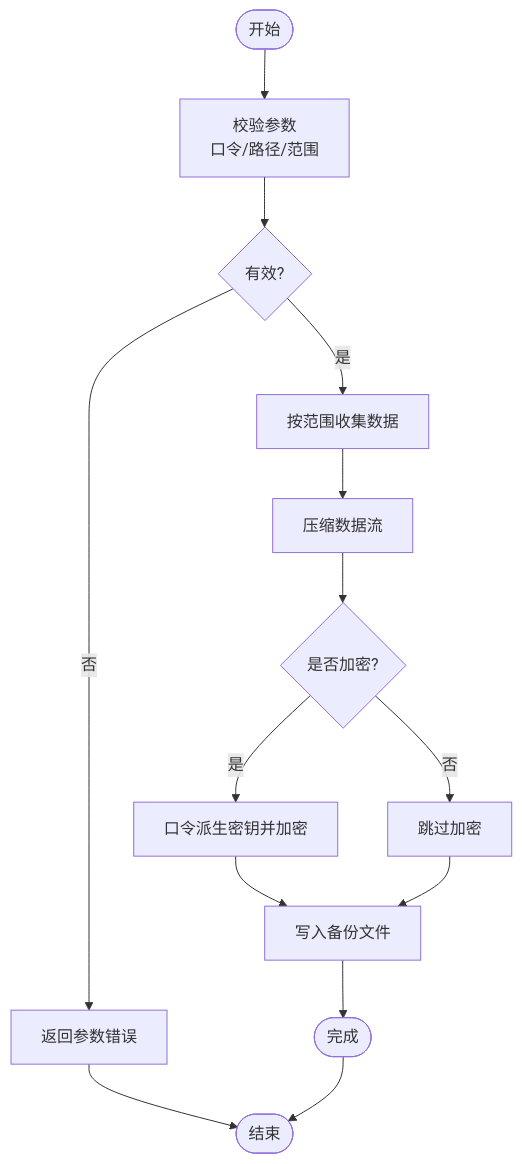
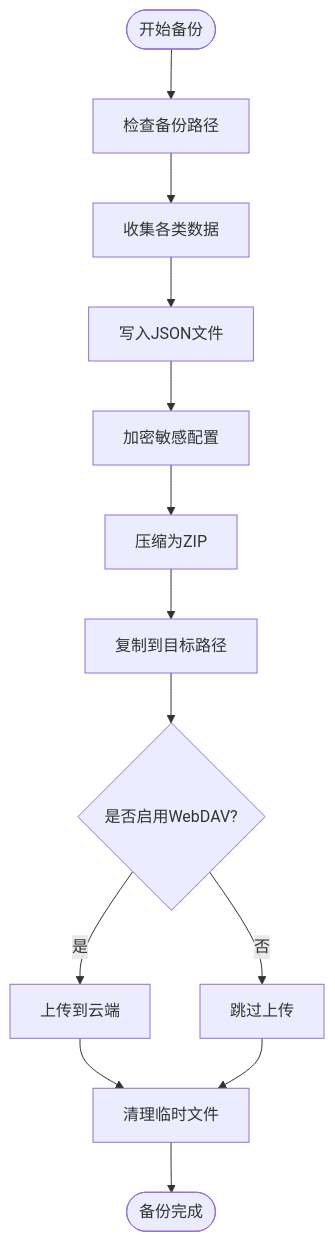
One commit to ZhangGHGitHub/LegadoTeamFlutter changed the third of 5 diagrams in .qoder/repowiki/zh/content/Rust核心库/数据库层/备份恢复功能.md. Above: the diagram before and after it, drawn with Mermaid. The commit also changed other lines of this file and 173 other files, not shown here.

````diff
--- a/.qoder/repowiki/zh/content/Rust核心库/数据库层/备份恢复功能.md
+++ b/.qoder/repowiki/zh/content/Rust核心库/数据库层/备份恢复功能.md
@@ -215,16 +127,15 @@
 ```mermaid
 flowchart TD
-Start(["开始"]) --> Validate["校验参数<br/>口令/路径/范围"]
-Validate --> Valid{"有效?"}
-Valid --> |否| ErrParam["返回参数错误"]
-Valid --> |是| Collect["按范围收集数据"]
-Collect --> Compress["压缩数据流"]
-Compress --> Encrypt{"是否加密?"}
-Encrypt --> |是| DoEncrypt["口令派生密钥并加密"]
-Encrypt --> |否| SkipEnc["跳过加密"]
-DoEncrypt --> Write["写入备份文件"]
-SkipEnc --> Write
-Write --> Done(["完成"])
-ErrParam --> End(["结束"])
-Done --> End
+Start(["开始备份"]) --> CheckPath["检查备份路径"]
+CheckPath --> CollectData["收集各类数据"]
+CollectData --> WriteJSON["写入JSON文件"]
+WriteJSON --> EncryptSensitive["加密敏感配置"]
+EncryptSensitive --> Compress["压缩为ZIP"]
+Compress --> CopyFile["复制到目标路径"]
+CopyFile --> UploadCloud{"是否启用WebDAV?"}
+UploadCloud --> |是| Upload["上传到云端"]
+UploadCloud --> |否| SkipUpload["跳过上传"]
+Upload --> Cleanup["清理临时文件"]
+SkipUpload --> Cleanup
+Cleanup --> Done(["备份完成"])
 ```
````
